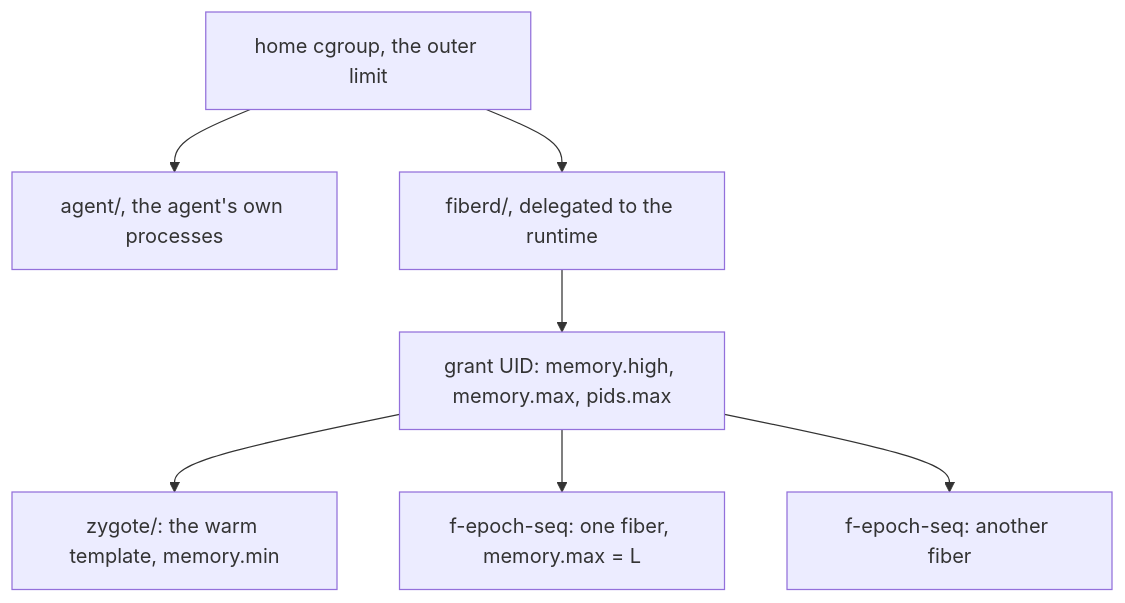
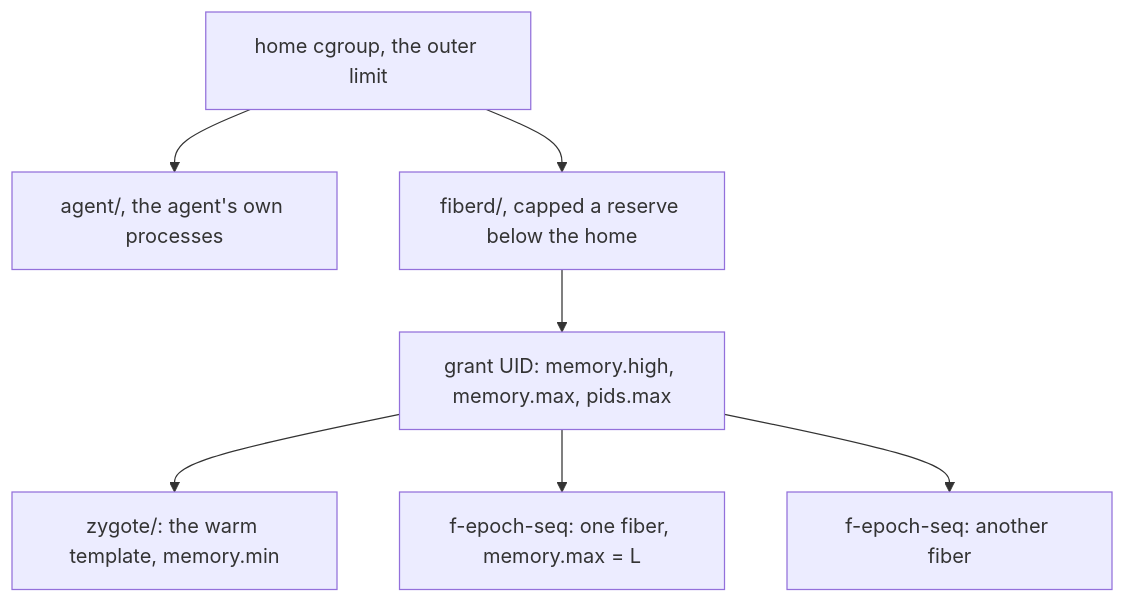
One commit to helayoty/fiberd changed the diagram in docs/design/resources.md. Above: the diagram before and after it, drawn with Mermaid. The commit also changed other lines of this file and 9 other files, not shown here.

Commit message:
Keep a reserve of the home's limits for the agent

````diff
--- a/docs/design/resources.md
+++ b/docs/design/resources.md
@@ -11,9 +11,9 @@
 ```mermaid
 flowchart TB
   H["home cgroup, the outer limit"] --> A["agent/, the agent's own processes"]
-  H --> R["fiberd/, delegated to the runtime"]
+  H --> R["fiberd/, capped a reserve below the home"]
   R --> G["grant UID: memory.high, memory.max, pids.max"]
   G --> Z["zygote/: the warm template, memory.min"]
   G --> F1["f-epoch-seq: one fiber, memory.max = L"]
   G --> F2["f-epoch-seq: another fiber"]
 ```
````
